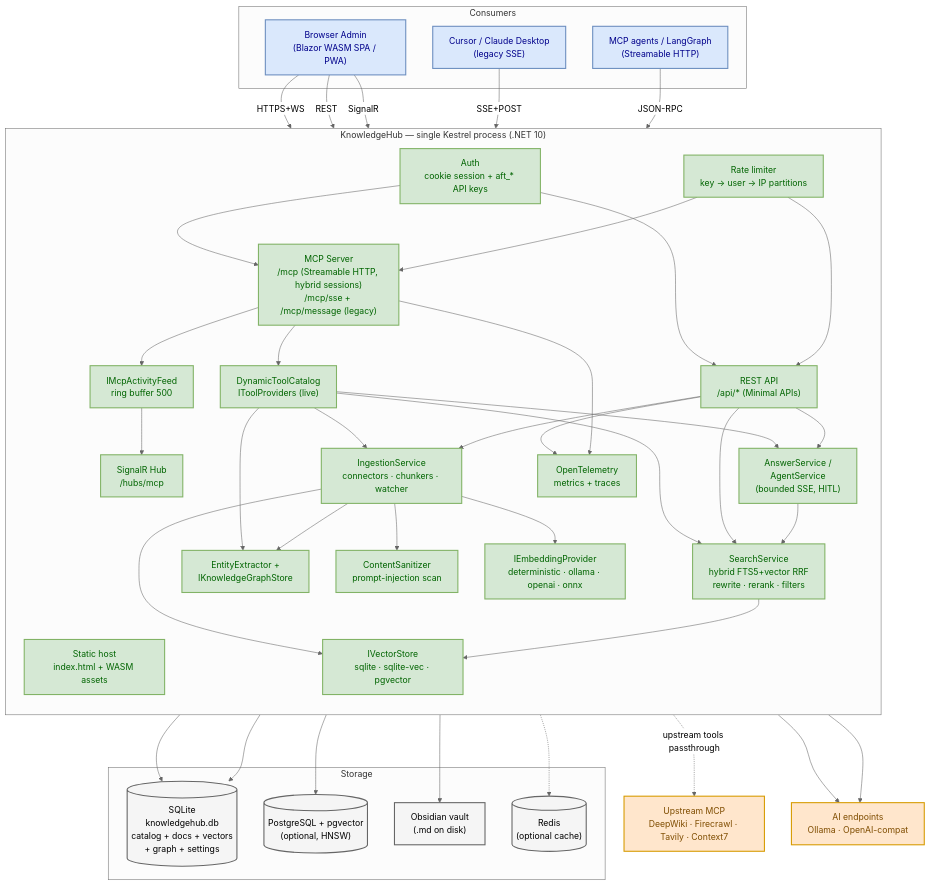
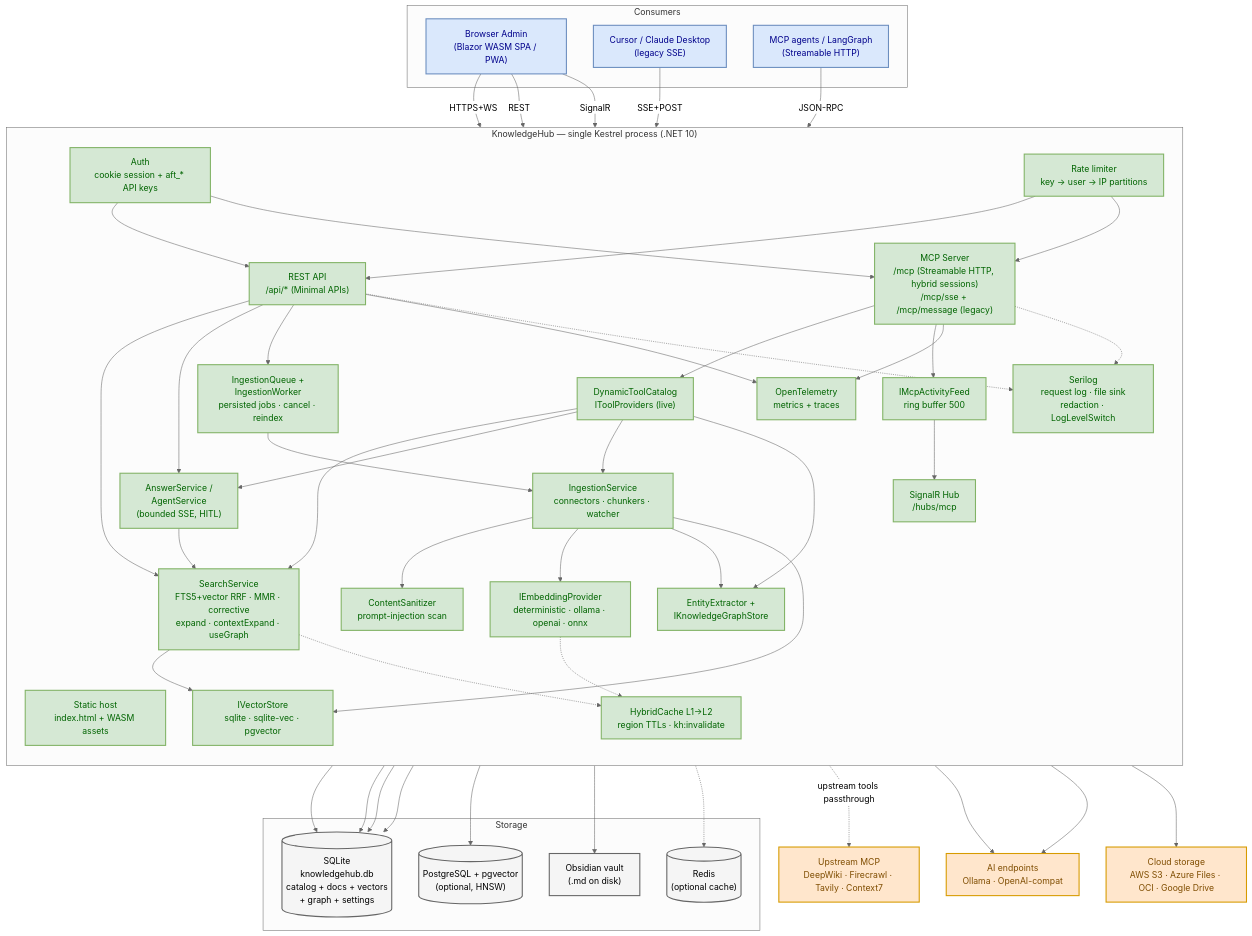
Before and after one commit to afonsoft/LangGraph-UI: the first of 3 diagrams in docs/architecture/system-architecture.md, drawn with Mermaid. The commit also changed other lines of this file and 10 other files, not shown here.

First line of the commit message:
docs(architecture): refresh diagrams + ADRs for ingestion queue, cache, pgvector (#230)

````diff
--- a/docs/architecture/system-architecture.md
+++ b/docs/architecture/system-architecture.md
@@ -24,13 +24,16 @@
         AUTH["Auth<br/>cookie session + aft_* API keys"]
         RL["Rate limiter<br/>key → user → IP partitions"]
         CAT["DynamicToolCatalog<br/>IToolProviders (live)"]
+        QUEUE["IngestionQueue +<br/>IngestionWorker<br/>persisted jobs · cancel · reindex"]
         ING["IngestionService<br/>connectors · chunkers · watcher"]
         SEC["ContentSanitizer<br/>prompt-injection scan"]
         GRAPH["EntityExtractor +<br/>IKnowledgeGraphStore"]
-        SRCH["SearchService<br/>hybrid FTS5+vector RRF<br/>rewrite · rerank · filters"]
+        SRCH["SearchService<br/>FTS5+vector RRF · MMR · corrective<br/>expand · contextExpand · useGraph"]
         ANS["AnswerService /<br/>AgentService<br/>(bounded SSE, HITL)"]
         EMB["IEmbeddingProvider<br/>deterministic · ollama · openai · onnx"]
         VEC["IVectorStore<br/>sqlite · sqlite-vec · pgvector"]
+        CACHE["HybridCache L1→L2<br/>region TTLs · kh:invalidate"]
+        LOG["Serilog<br/>request log · file sink<br/>redaction · LogLevelSwitch"]
         TEL["OpenTelemetry<br/>metrics + traces"]
         FEED["IMcpActivityFeed<br/>ring buffer 500"]
     end
@@ -44,6 +47,7 @@
 
     UP["Upstream MCP<br/>DeepWiki · Firecrawl · Tavily · Context7"]
     LLM["AI endpoints<br/>Ollama · OpenAI-compat"]
+    CLOUD["Cloud storage<br/>AWS S3 · Azure Files · OCI · Google Drive"]
 
     UI -->|HTTPS+WS| SPA
     UI -->|REST| API
@@ -64,30 +68,38 @@
     CAT --> GRAPH
     API --> SRCH
     API --> ANS
-    API --> ING
+    API --> QUEUE
+    QUEUE --> ING
     ING --> SEC
     ING --> EMB
     ING --> GRAPH
     ING --> VAULT
+    ING --> CLOUD
     ING --> VEC
+    ING --> SQL
     SRCH --> VEC
+    SRCH -.-> CACHE
+    EMB -.-> CACHE
     ANS --> SRCH
     ANS --> LLM
     EMB --> LLM
     VEC --> SQL
     GRAPH --> SQL
+    QUEUE --> SQL
     VEC --> PG
-    VEC -.-> REDIS
+    CACHE -.-> REDIS
     CAT -.->|upstream tools passthrough| UP
     API --> TEL
     MCP --> TEL
+    API -.-> LOG
+    MCP -.-> LOG
 
     classDef client fill:#dae8fc,stroke:#6c8ebf,stroke-width:2px,color:darkblue
     classDef core fill:#d5e8d4,stroke:#82b366,stroke-width:2px,color:darkgreen
     classDef store fill:#f5f5f5,stroke:#666666,stroke-width:2px,color:black
     classDef ext fill:#ffe6cc,stroke:#d79b00,stroke-width:2px,color:#7f4d00
     class UI,CUR,AG client
-    class SPA,API,MCP,HUB,AUTH,RL,CAT,ING,SEC,GRAPH,SRCH,ANS,EMB,VEC,TEL,FEED core
+    class SPA,API,MCP,HUB,AUTH,RL,CAT,QUEUE,ING,SEC,GRAPH,SRCH,ANS,EMB,VEC,CACHE,LOG,TEL,FEED core
     class SQL,PG,VAULT,REDIS store
-    class UP,LLM ext
+    class UP,LLM,CLOUD ext
 ```
````
